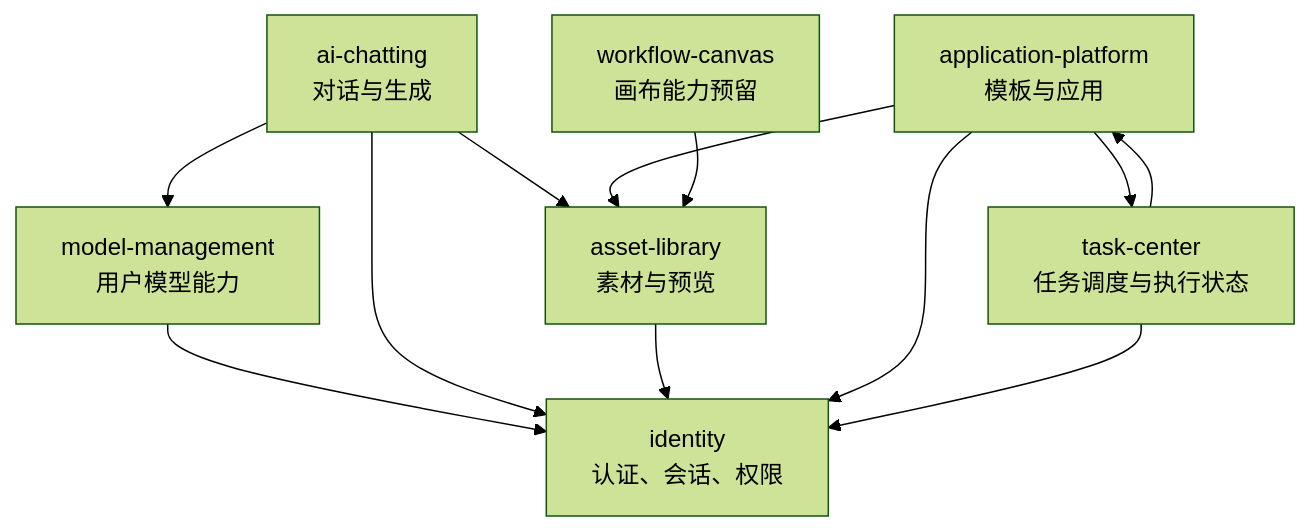
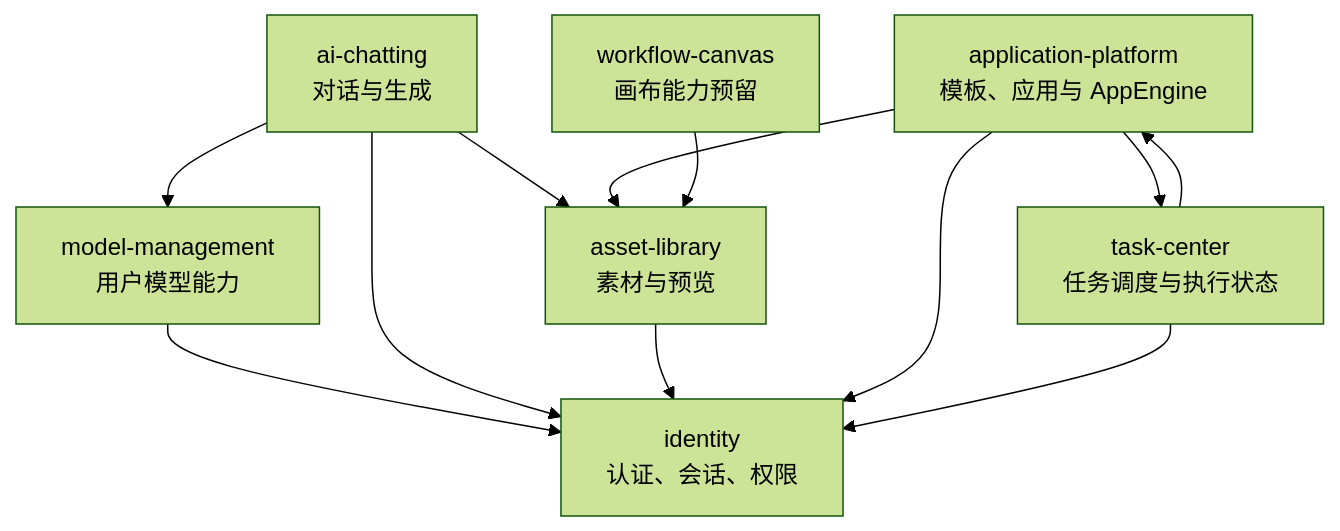
The first of 3 diagrams in 02_architecture/global-architecture.md (wangweihong/omnimam-spec), drawn with Mermaid (forest theme) before and after one commit. The commit also changed other lines of this file and 14 other files, not shown here.

Commit message:
Add user app engine contracts

````diff
--- a/02_architecture/global-architecture.md
+++ b/02_architecture/global-architecture.md
@@ -25,23 +25,23 @@
 ```mermaid
 graph TD
   Identity["identity<br/>认证、会话、权限"]
   Model["model-management<br/>用户模型能力"]
   Chat["ai-chatting<br/>对话与生成"]
   Asset["asset-library<br/>素材与预览"]
-  App["application-platform<br/>模板与应用"]
+  App["application-platform<br/>模板、应用与 AppEngine"]
   Task["task-center<br/>任务调度与执行状态"]
   Canvas["workflow-canvas<br/>画布能力预留"]
 
   Chat --> Model
   Chat --> Asset
   App --> Task
   App --> Asset
   Task --> App
   Canvas --> Asset
 
   Model --> Identity
   Chat --> Identity
   Asset --> Identity
   App --> Identity
   Task --> Identity
 ```
````
